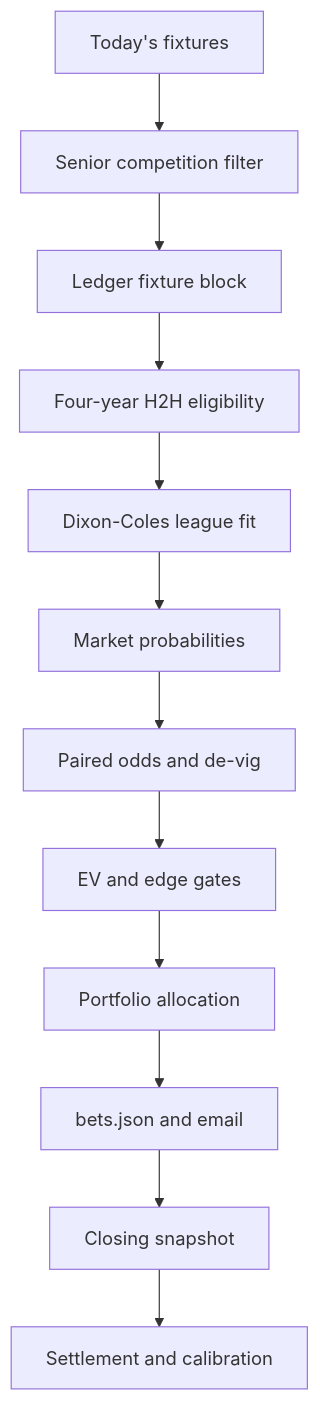
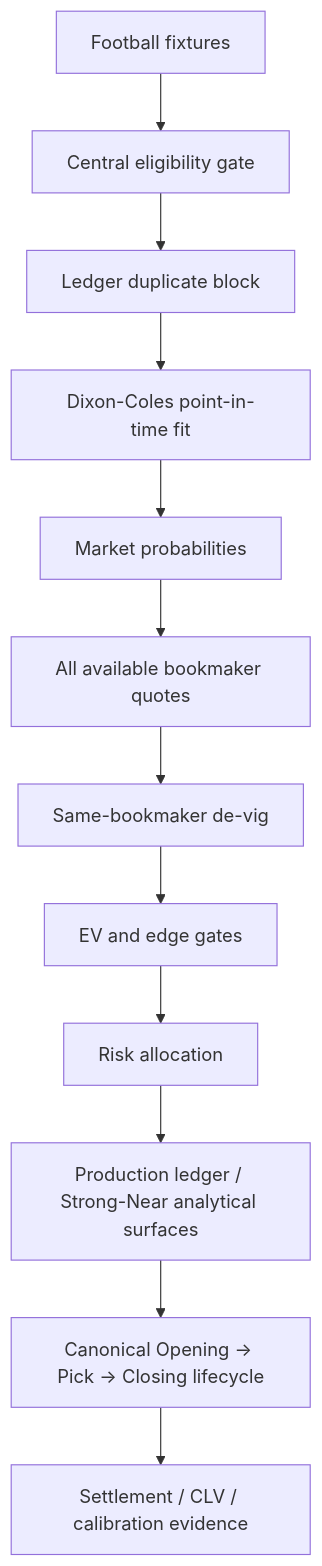
The first of 2 diagrams in ARCHITECTURE.md (Filip1994/h2h), drawn with Mermaid before and after one commit. The commit also changed other lines of this file, not shown here.

Commit message:
docs: align architecture with current H2H-free production flow

````diff
--- a/ARCHITECTURE.md
+++ b/ARCHITECTURE.md
@@ -5,14 +5,14 @@
 ```mermaid
 flowchart TD
-    A[Today's fixtures] --> B[Senior competition filter]
-    B --> C[Ledger fixture block]
-    C --> D[Four-year H2H eligibility]
-    D --> E[Dixon-Coles league fit]
-    E --> F[Market probabilities]
-    F --> G[Paired odds and de-vig]
+    A[Football fixtures] --> B[Central eligibility gate]
+    B --> C[Ledger duplicate block]
+    C --> D[Dixon-Coles point-in-time fit]
+    D --> E[Market probabilities]
+    E --> F[All available bookmaker quotes]
+    F --> G[Same-bookmaker de-vig]
     G --> H[EV and edge gates]
-    H --> I[Portfolio allocation]
-    I --> J[bets.json and email]
-    J --> K[Closing snapshot]
-    K --> L[Settlement and calibration]
+    H --> I[Risk allocation]
+    I --> J[Production ledger / Strong-Near analytical surfaces]
+    J --> K[Canonical Opening → Pick → Closing lifecycle]
+    K --> L[Settlement / CLV / calibration evidence]
 ```
````
